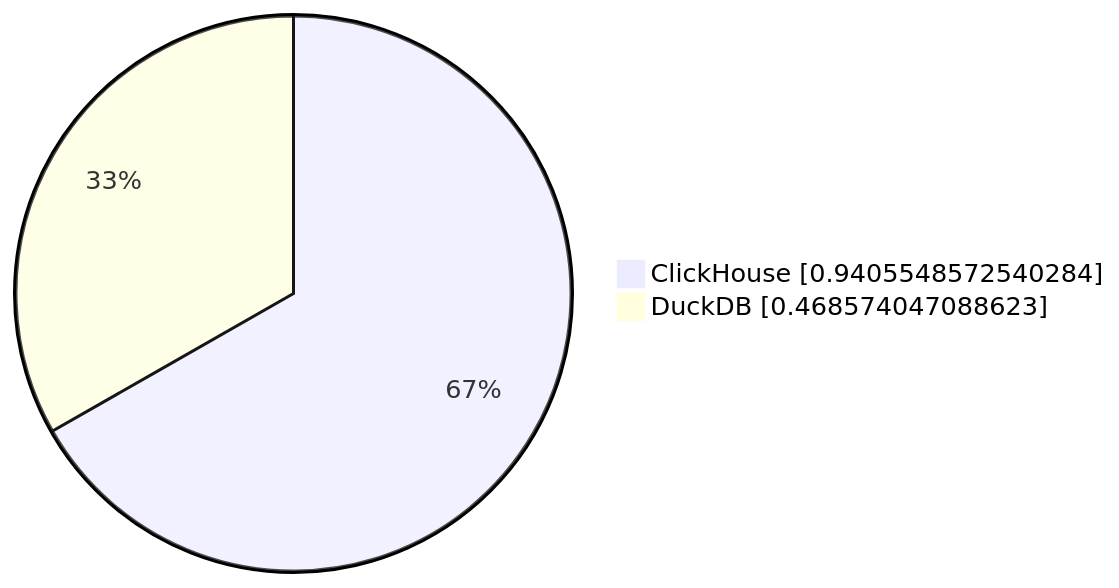
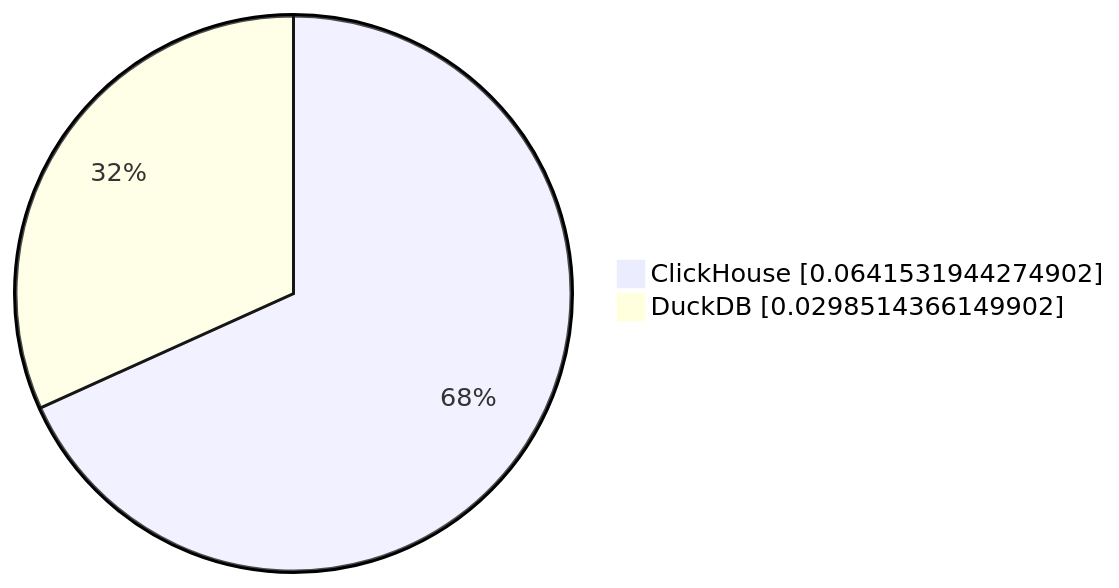
Before and after one commit to Altinity/clickhouse-regression: the first of 10 diagrams in parquet/performance/results/README.md, drawn with Mermaid. The commit also changed other lines of this file, not shown here.

````diff
--- a/parquet/performance/results/README.md
+++ b/parquet/performance/results/README.md
@@ -10,5 +10,5 @@
 ```mermaid
      pie showData
-         "ClickHouse" : 0.9405548572540284
-         "DuckDB" : 0.468574047088623
+         "ClickHouse" : 0.0641531944274902
+         "DuckDB" : 0.0298514366149902
 ```
````
